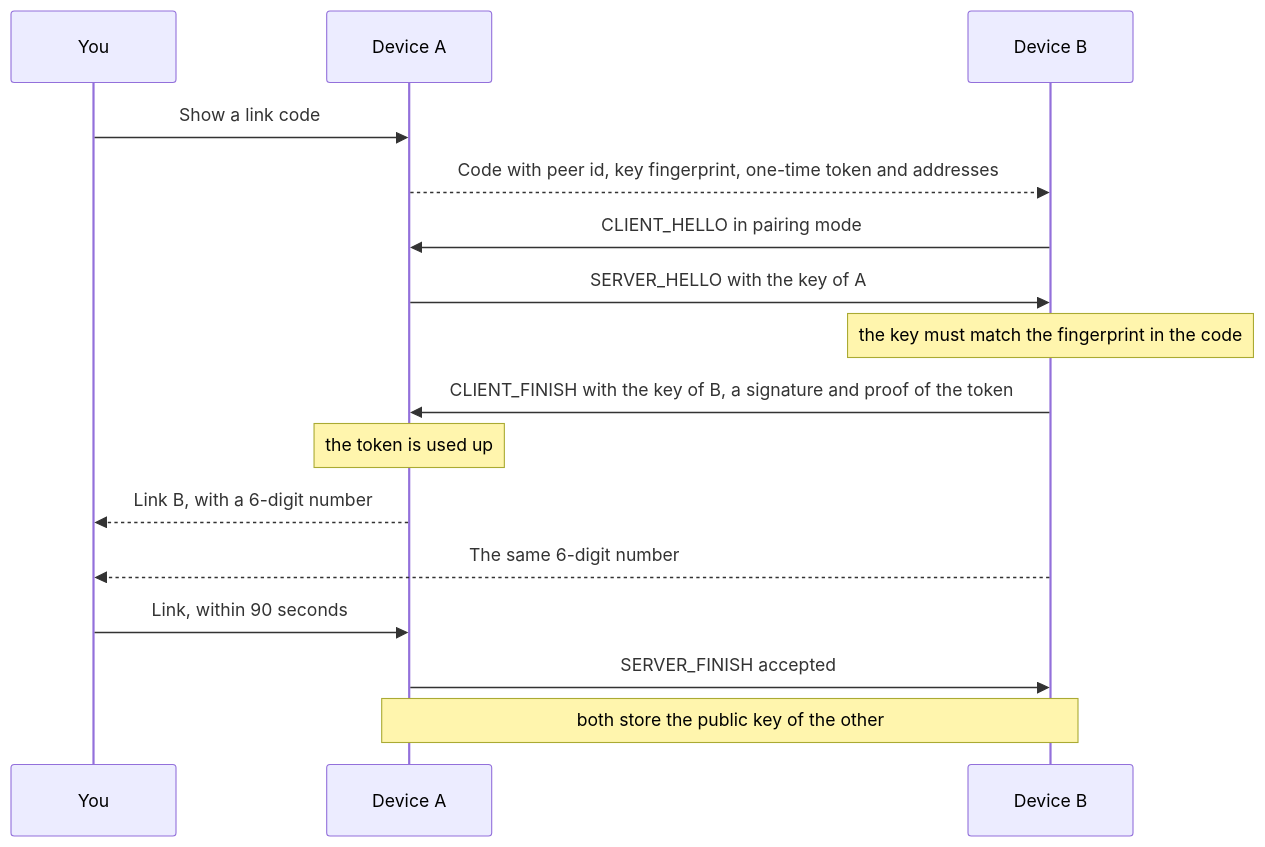
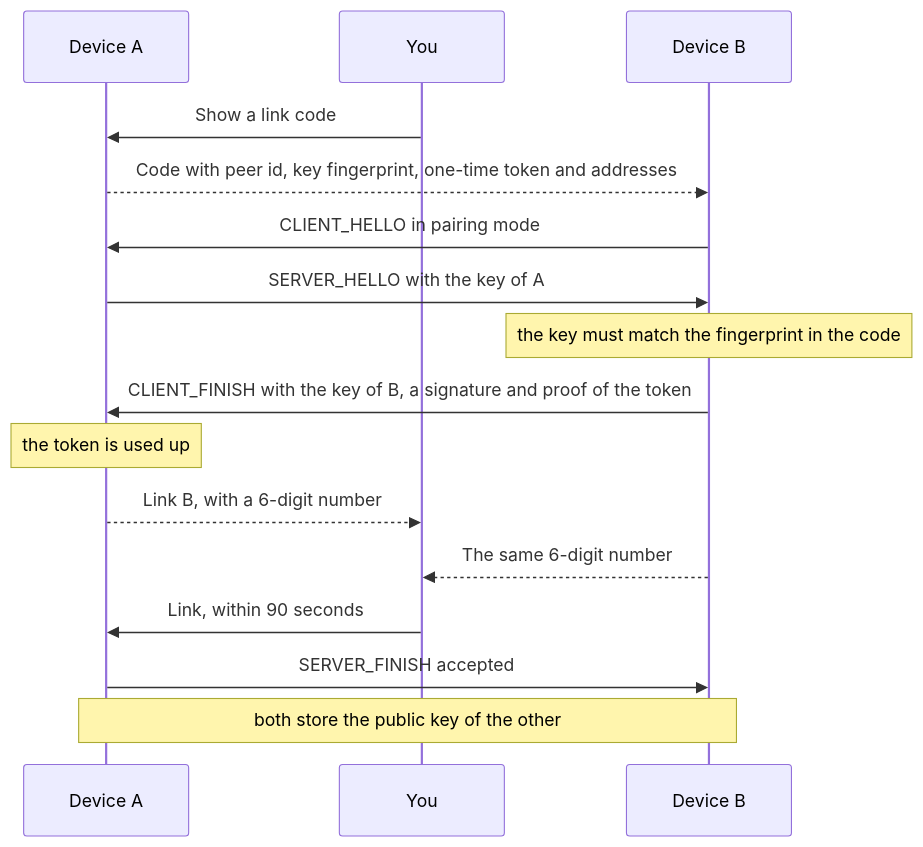
The first of 2 diagrams in docs/SECURITY.md (FancyCorey/handoff), drawn with Mermaid before and after one commit. The commit also changed other lines of this file, not shown here.

Commit message:
Linking diagram: reorder participants

````diff
--- a/docs/SECURITY.md
+++ b/docs/SECURITY.md
@@ -22,18 +22,18 @@
 ```mermaid
 sequenceDiagram
+    participant A as Device A
     participant U as You
-    participant A as Device A
     participant B as Device B
     U->>A: Show a link code
     A-->>B: Code with peer id, key fingerprint, one-time token and addresses
     B->>A: CLIENT_HELLO in pairing mode
     A->>B: SERVER_HELLO with the key of A
     Note over B: the key must match the fingerprint in the code
     B->>A: CLIENT_FINISH with the key of B, a signature and proof of the token
     Note over A: the token is used up
     A-->>U: Link B, with a 6-digit number
     B-->>U: The same 6-digit number
     U->>A: Link, within 90 seconds
     A->>B: SERVER_FINISH accepted
     Note over A,B: both store the public key of the other
 ```
````
